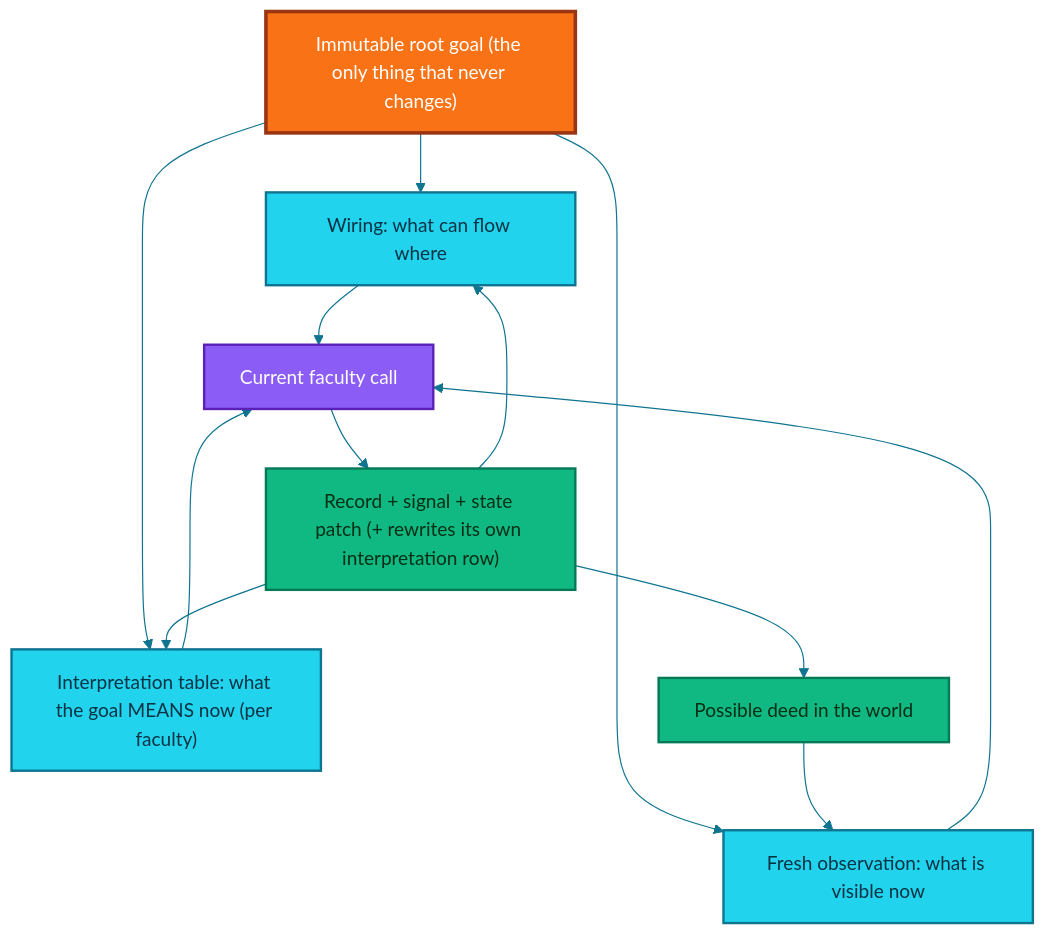
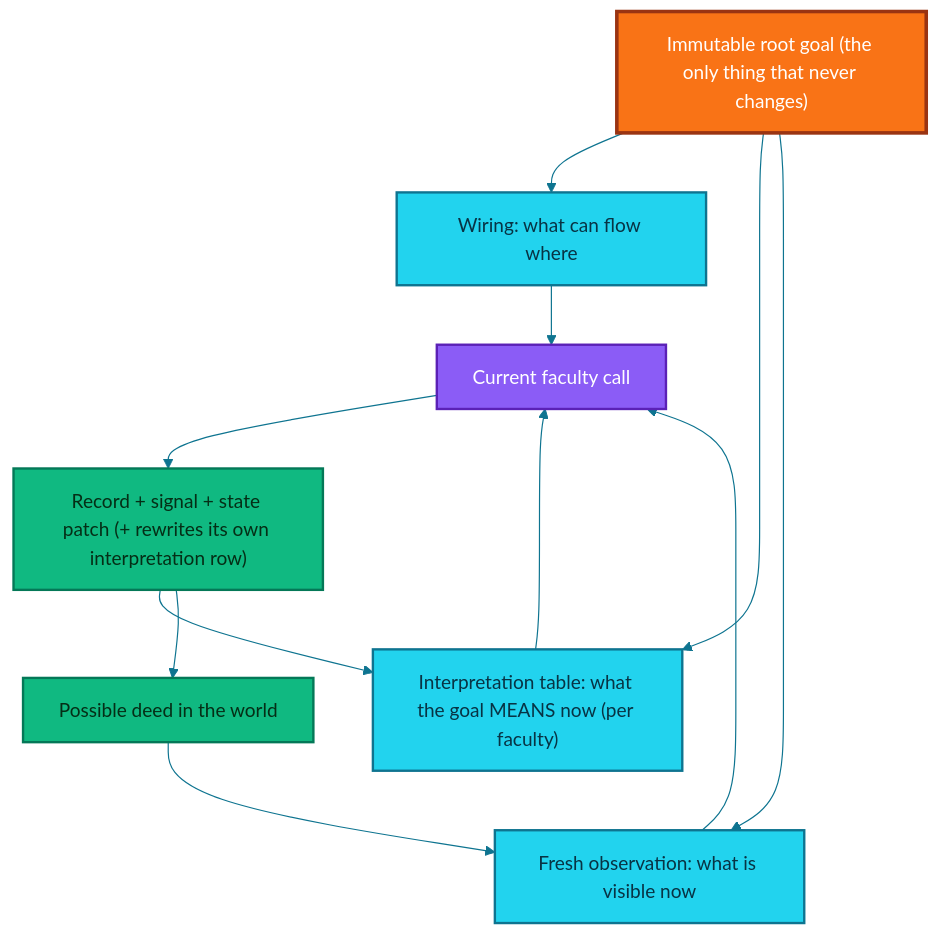
One commit to wgabrys88/endgame-ai changed the first of 3 diagrams in README.md. Above: the diagram before and after it, drawn with Mermaid. The commit also changed other lines of this file, not shown here.

````diff
--- a/README.md
+++ b/README.md
@@ -60,23 +67,22 @@
 ```mermaid
 %%{init: {"theme":"base","themeVariables":{"background":"#ecfeff","primaryTextColor":"#164e63","lineColor":"#0e7490"}}}%%
 flowchart TB
     GOAL["Immutable root goal (the only thing that never changes)"] --> FORM["Wiring: what can flow where"]
     GOAL --> INTERP["Interpretation table: what the goal MEANS now (per faculty)"]
     GOAL --> NOW["Fresh observation: what is visible now"]
     FORM --> MIND["Current faculty call"]
     INTERP --> MIND
     NOW --> MIND
     MIND --> SIGNAL["Record + signal + state patch (+ rewrites its own interpretation row)"]
     SIGNAL --> INTERP
-    SIGNAL --> FORM
     SIGNAL --> WORLD["Possible deed in the world"]
     WORLD --> NOW
     classDef goal fill:#f97316,stroke:#9a3412,color:#ffffff,stroke-width:3px;
     classDef substrate fill:#22d3ee,stroke:#0e7490,color:#083344,stroke-width:2px;
     classDef mind fill:#8b5cf6,stroke:#5b21b6,color:#ffffff,stroke-width:2px;
     classDef flow fill:#10b981,stroke:#047857,color:#052e16,stroke-width:2px;
     class GOAL goal;
     class FORM,INTERP,NOW substrate;
     class MIND mind;
     class SIGNAL,WORLD flow;
 ```
````
